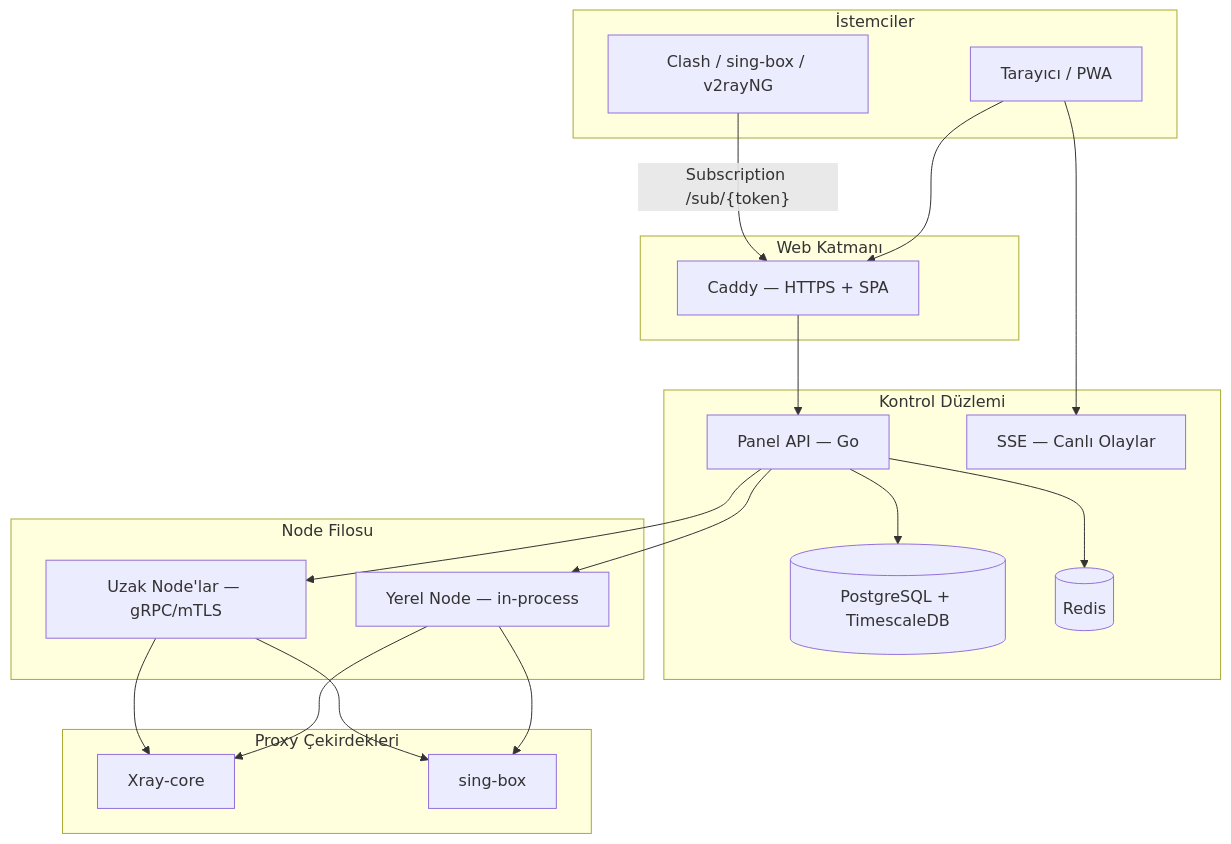
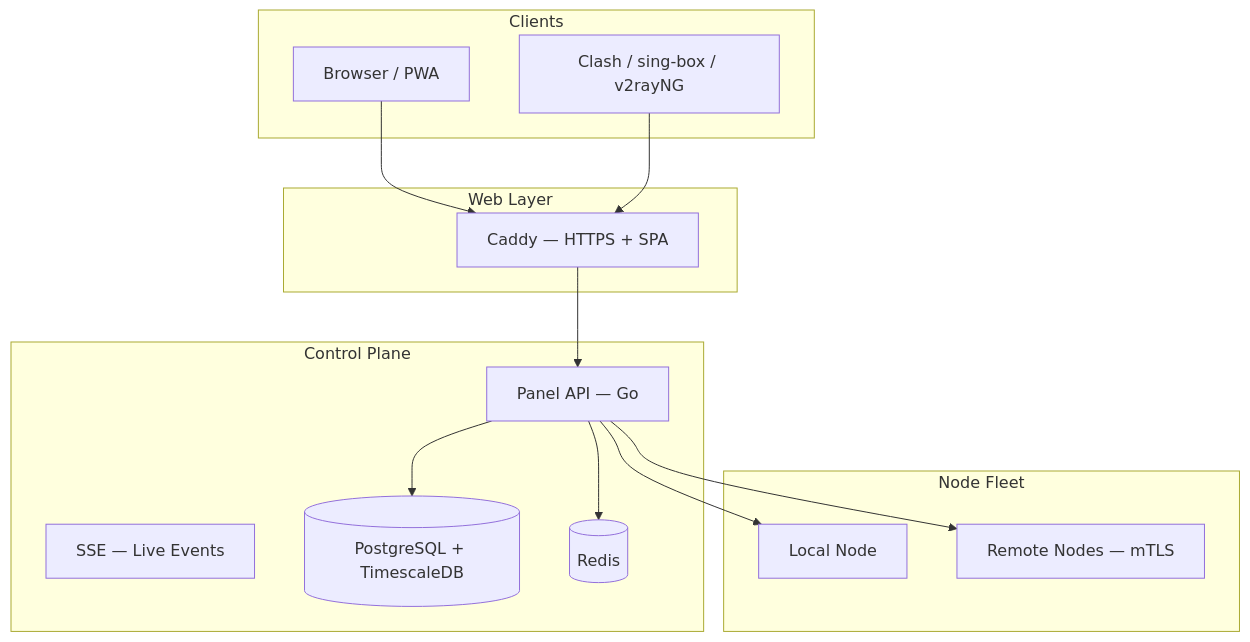
The diagram in docs/wiki/tr/README.md (iPmartNetwork/VortexUI), drawn with Mermaid before and after one commit. The commit also changed other lines of this file and 66 other files, not shown here.

````diff
--- a/docs/wiki/tr/README.md
+++ b/docs/wiki/tr/README.md
@@ -24,41 +14,27 @@
 ```mermaid
 flowchart TB
-    subgraph Client["İstemciler"]
-        Browser["Tarayıcı / PWA"]
+    subgraph Client["Clients"]
+        Browser["Browser / PWA"]
         ProxyApp["Clash / sing-box / v2rayNG"]
     end
-
-    subgraph Web["Web Katmanı"]
+    subgraph Web["Web Layer"]
         Caddy["Caddy — HTTPS + SPA"]
     end
-
-    subgraph Panel["Kontrol Düzlemi"]
+    subgraph Panel["Control Plane"]
         API["Panel API — Go"]
-        SSE["SSE — Canlı Olaylar"]
+        SSE["SSE — Live Events"]
         DB[(PostgreSQL + TimescaleDB)]
         Redis[(Redis)]
     end
-
-    subgraph Nodes["Node Filosu"]
-        Local["Yerel Node — in-process"]
-        Remote["Uzak Node'lar — gRPC/mTLS"]
+    subgraph Nodes["Node Fleet"]
+        Local["Local Node"]
+        Remote["Remote Nodes — mTLS"]
     end
-
-    subgraph Core["Proxy Çekirdekleri"]
-        Xray["Xray-core"]
-        SingBox["sing-box"]
-    end
-
     Browser --> Caddy
-    ProxyApp -->|"Subscription /sub/{token}"| Caddy
+    ProxyApp --> Caddy
     Caddy --> API
-    Browser --> SSE
     API --> DB
     API --> Redis
     API --> Local
     API --> Remote
-    Local --> Xray
-    Local --> SingBox
-    Remote --> Xray
-    Remote --> SingBox
 ```
````
